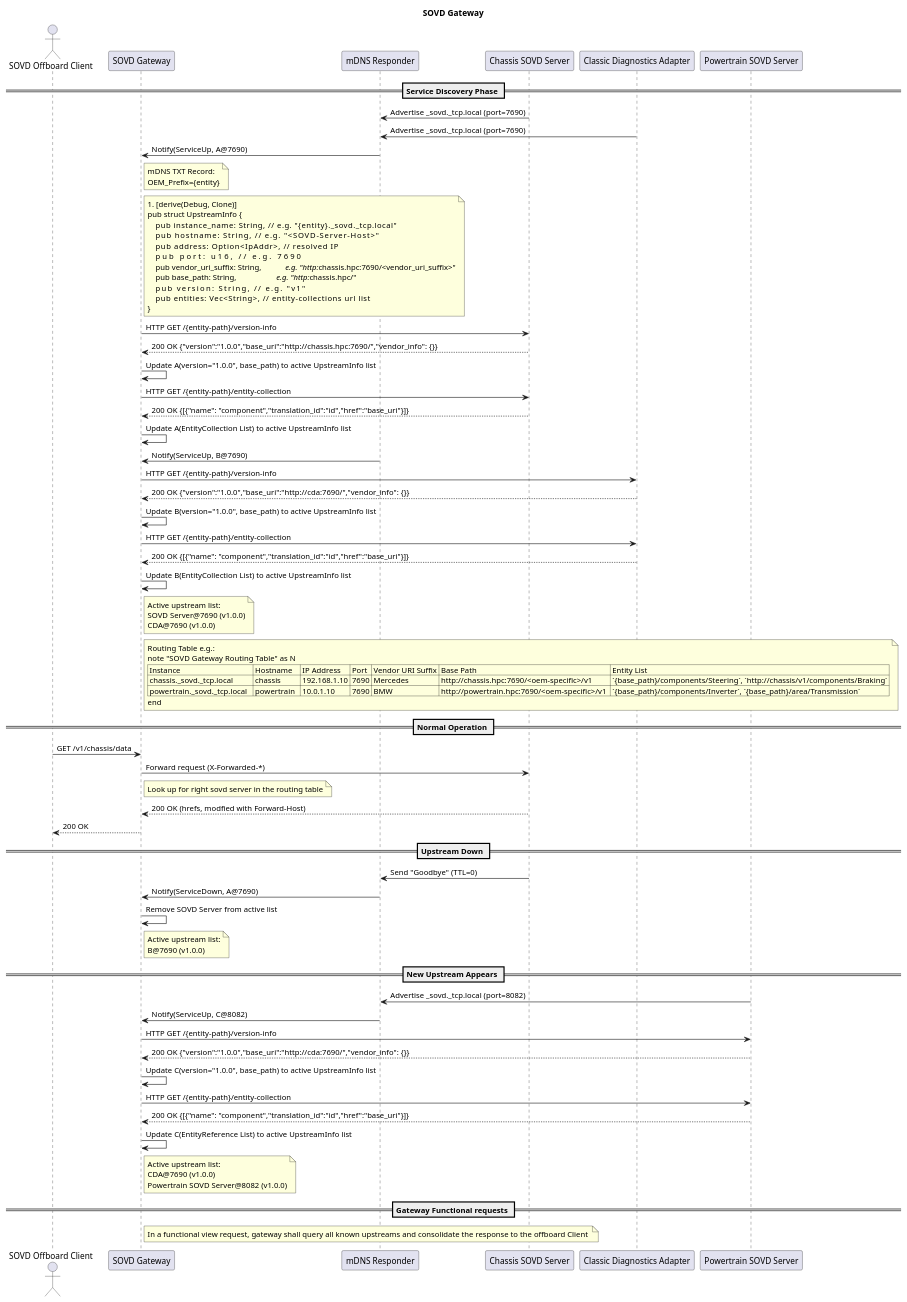
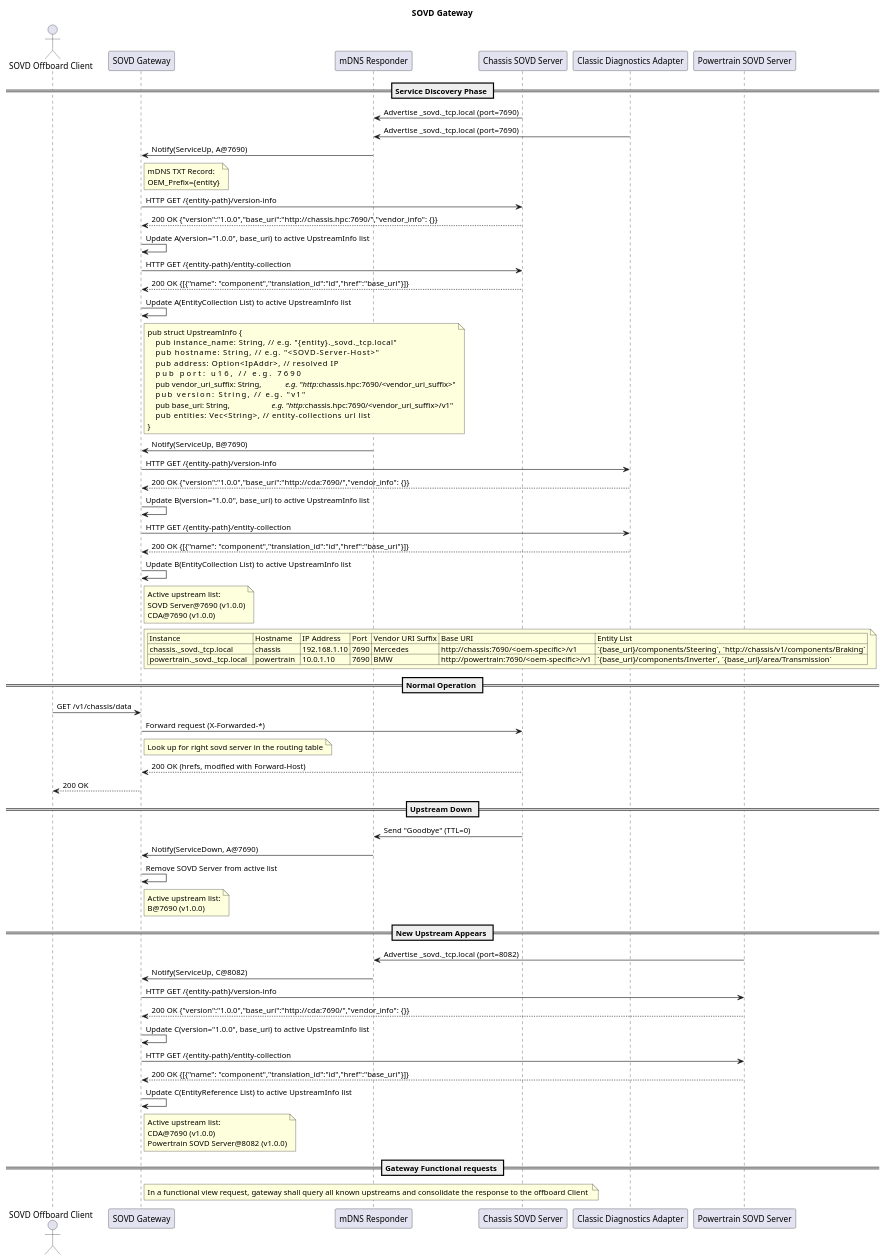
Before and after one commit to lorinciubeica10/opensovd-core: the diagram in docs/architecture/sovd_gateway_sovd_server_seq.puml, drawn with PlantUML. The commit also changed 3 other files, not shown here.

Commit message:
updated sequence diagrams and arch view

```diff
--- a/docs/architecture/sovd_gateway_sovd_server_seq.puml
+++ b/docs/architecture/sovd_gateway_sovd_server_seq.puml
@@ -1,117 +1,113 @@
 @startuml
 title SOVD Gateway
 
 actor "SOVD Offboard Client" as Client
 participant "SOVD Gateway" as Gateway
 participant "mDNS Responder" as MDNS
 participant "Chassis SOVD Server" as A
 participant "Classic Diagnostics Adapter" as B
 
 == Service Discovery Phase ==
 
 A -> MDNS: Advertise _sovd._tcp.local (port=7690)
 B -> MDNS: Advertise _sovd._tcp.local (port=7690)
 
 MDNS -> Gateway: Notify(ServiceUp, A@7690)
 
 note right of Gateway
 mDNS TXT Record:
 OEM_Prefix={entity}
 end note
 
 
+Gateway -> A: HTTP GET /{entity-path}/version-info
+A --> Gateway: 200 OK {"version":"1.0.0","base_uri":"http://chassis.hpc:7690/","vendor_info": {}}
+Gateway -> Gateway: Update A(version="1.0.0", base_uri) to active UpstreamInfo list
+
+Gateway -> A: HTTP GET /{entity-path}/entity-collection
+A --> Gateway: 200 OK {[{"name": "component","translation_id":"id","href":"base_uri"}]}
+Gateway -> Gateway: Update A(EntityCollection List) to active UpstreamInfo list
+
 note right of Gateway
-#[derive(Debug, Clone)]
 pub struct UpstreamInfo {
     pub instance_name: String,               // e.g. "{entity}._sovd._tcp.local"
     pub hostname: String,                    // e.g. "<SOVD-Server-Host>"
     pub address: Option<IpAddr>,             // resolved IP
     pub port: u16,                           // e.g. 7690
     pub vendor_uri_suffix: String,           // e.g. "http://chassis.hpc:7690/<vendor_uri_suffix>"
-    pub base_path: String,                   // e.g. "http://chassis.hpc/"
     pub version: String,                     // e.g. "v1"
+    pub base_uri: String,                    // e.g. "http://chassis.hpc:7690/<vendor_uri_suffix>/v1"
     pub entities: Vec<String>,               // entity-collections url list
 }
 end note
 
-Gateway -> A: HTTP GET /{entity-path}/version-info
-A --> Gateway: 200 OK {"version":"1.0.0","base_uri":"http://chassis.hpc:7690/","vendor_info": {}}
-Gateway -> Gateway: Update A(version="1.0.0", base_path) to active UpstreamInfo list
-
-Gateway -> A: HTTP GET /{entity-path}/entity-collection
-A --> Gateway: 200 OK {[{"name": "component","translation_id":"id","href":"base_uri"}]}
-Gateway -> Gateway: Update A(EntityCollection List) to active UpstreamInfo list
 
 MDNS -> Gateway: Notify(ServiceUp, B@7690)
 Gateway -> B: HTTP GET /{entity-path}/version-info
 B --> Gateway: 200 OK {"version":"1.0.0","base_uri":"http://cda:7690/","vendor_info": {}}
-Gateway -> Gateway: Update B(version="1.0.0", base_path) to active UpstreamInfo list
+Gateway -> Gateway: Update B(version="1.0.0", base_uri) to active UpstreamInfo list
 
 Gateway -> B: HTTP GET /{entity-path}/entity-collection
 B --> Gateway: 200 OK {[{"name": "component","translation_id":"id","href":"base_uri"}]}
 Gateway -> Gateway: Update B(EntityCollection List) to active UpstreamInfo list
 
 note right of Gateway
 Active upstream list:
 SOVD Server@7690 (v1.0.0)
 CDA@7690 (v1.0.0)
 end note
 
 
 note right of Gateway
-Routing Table e.g.:
-note "SOVD Gateway Routing Table" as N
-| Instance                     | Hostname    | IP Address   | Port | Vendor URI Suffix | Base Path                     | Entity List |
-| chassis._sovd._tcp.local      | chassis    | 192.168.1.10 | 7690 | Mercedes        | http://chassis.hpc:7690/<oem-specific>/v1     | `{base_path}/components/Steering`, `http://chassis/v1/components/Braking` |
-| powertrain._sovd._tcp.local   | powertrain | 10.0.1.10    | 7690 | BMW             | http://powertrain.hpc:7690/<oem-specific>/v1  | `{base_path}/components/Inverter`, `{base_path}/area/Transmission` |
-end 
+| Instance                     | Hostname    | IP Address   | Port | Vendor URI Suffix | Base URI                     | Entity List |
+| chassis._sovd._tcp.local  | chassis    | 192.168.1.10 | 7690 | Mercedes        | http://chassis:7690/<oem-specific>/v1     | `{base_uri}/components/Steering`, `http://chassis/v1/components/Braking` |
+| powertrain._sovd._tcp.local   | powertrain | 10.0.1.10    | 7690 | BMW             | http://powertrain:7690/<oem-specific>/v1  | `{base_uri}/components/Inverter`, `{base_uri}/area/Transmission` |
 endnote
 
 == Normal Operation ==
-
 
 Client -> Gateway: GET /v1/chassis/data
 Gateway -> A: Forward request (X-Forwarded-*)
 note right of Gateway
 Look up for right sovd server in the routing table
 end note
 A --> Gateway: 200 OK (hrefs, modfied with Forward-Host)
 Gateway --> Client: 200 OK
 
 == Upstream Down ==
 
 A -> MDNS: Send "Goodbye" (TTL=0)
 MDNS -> Gateway: Notify(ServiceDown, A@7690)
 Gateway -> Gateway: Remove SOVD Server from active list
 
 note right of Gateway
 Active upstream list:
 B@7690 (v1.0.0)
 end note
 
 == New Upstream Appears ==
 
 participant "Powertrain SOVD Server" as C
 C -> MDNS: Advertise _sovd._tcp.local (port=8082)
 MDNS -> Gateway: Notify(ServiceUp, C@8082)
 Gateway -> C: HTTP GET /{entity-path}/version-info
 C --> Gateway: 200 OK {"version":"1.0.0","base_uri":"http://cda:7690/","vendor_info": {}}
-Gateway -> Gateway: Update C(version="1.0.0", base_path) to active UpstreamInfo list
+Gateway -> Gateway: Update C(version="1.0.0", base_uri) to active UpstreamInfo list
 
 Gateway -> C: HTTP GET /{entity-path}/entity-collection
 C --> Gateway: 200 OK {[{"name": "component","translation_id":"id","href":"base_uri"}]}
 Gateway -> Gateway: Update C(EntityReference List) to active UpstreamInfo list
 
 note right of Gateway
 Active upstream list:
 CDA@7690 (v1.0.0)
 Powertrain SOVD Server@8082 (v1.0.0)
 end note
 
 == Gateway Functional requests ==
 note right of Gateway
 In a functional view request, gateway shall query all known upstreams and consolidate the response to the offboard Client 
 end note
 
 
 @enduml
```
